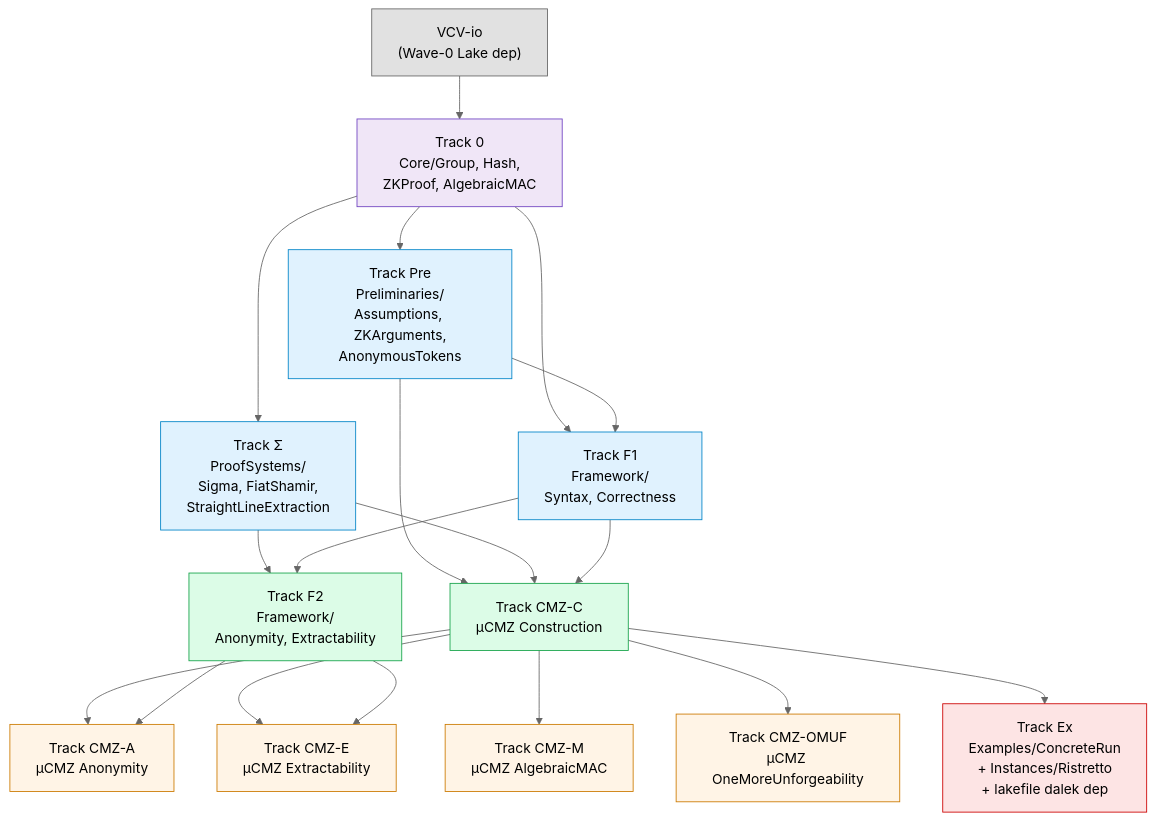
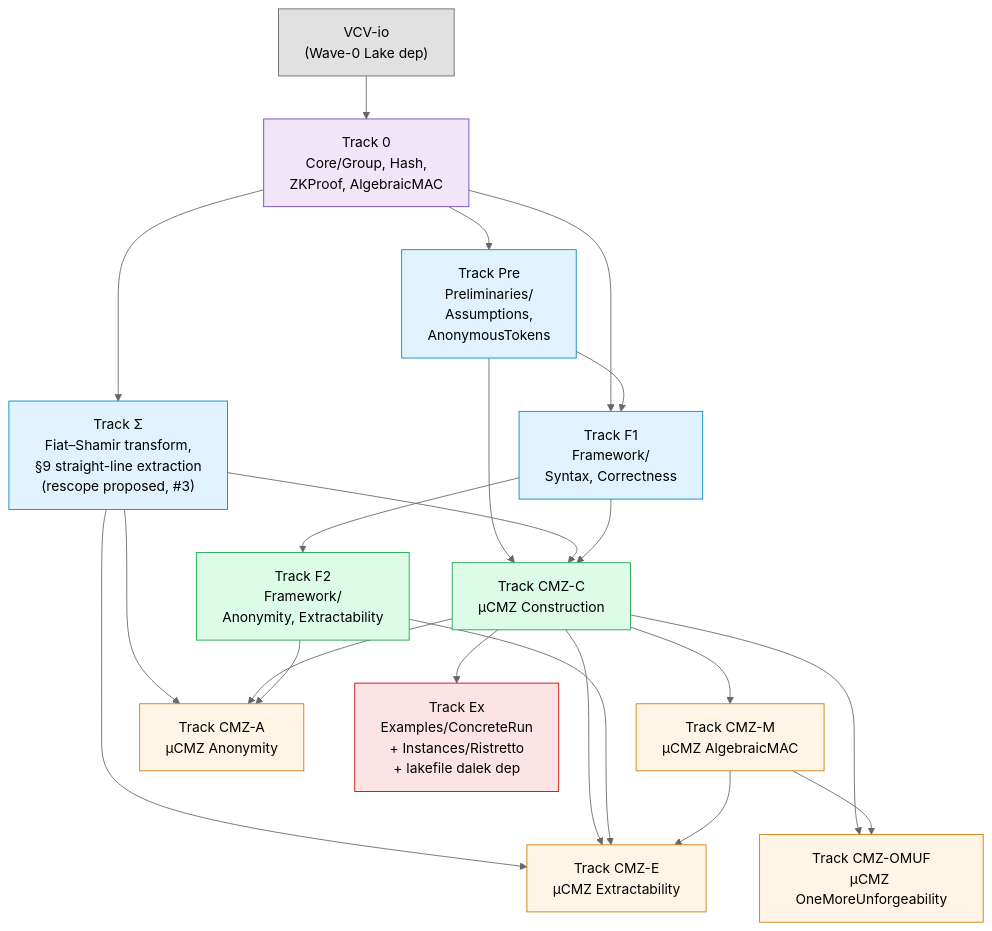
One commit to Beneficial-AI-Foundation/KeyedVerificationAnonymousCredential-model changed the diagram in docs/TRACKS.md. Above: the diagram before and after it, drawn with Mermaid (neutral theme). The commit also changed other lines of this file and 1 other file, not shown here.

````diff
--- a/docs/TRACKS.md
+++ b/docs/TRACKS.md
@@ -11,51 +11,55 @@
 ```mermaid
 graph TD
   VCVio["VCV-io<br/>(Wave-0 Lake dep)"]:::ext
 
   T0["Track 0<br/>Core/Group, Hash,<br/>ZKProof, AlgebraicMAC"]:::w0
 
-  TPre["Track Pre<br/>Preliminaries/<br/>Assumptions, ZKArguments,<br/>AnonymousTokens"]:::w1
-  TΣ["Track Σ<br/>ProofSystems/<br/>Sigma, FiatShamir,<br/>StraightLineExtraction"]:::w1
+  TPre["Track Pre<br/>Preliminaries/<br/>Assumptions,<br/>AnonymousTokens"]:::w1
+  TΣ["Track Σ<br/>Fiat–Shamir transform,<br/>§9 straight-line extraction<br/>(rescope proposed, #3)"]:::w1
   TF1["Track F1<br/>Framework/<br/>Syntax, Correctness"]:::w1
 
   TF2["Track F2<br/>Framework/<br/>Anonymity, Extractability"]:::w2
   TCMZ_C["Track CMZ-C<br/>μCMZ Construction"]:::w2
 
   TCMZ_M["Track CMZ-M<br/>μCMZ AlgebraicMAC"]:::w3
   TCMZ_A["Track CMZ-A<br/>μCMZ Anonymity"]:::w3
   TCMZ_E["Track CMZ-E<br/>μCMZ Extractability"]:::w3
   TCMZ_OMUF["Track CMZ-OMUF<br/>μCMZ OneMoreUnforgeability"]:::w3
 
   TEx["Track Ex<br/>Examples/ConcreteRun<br/>+ Instances/Ristretto<br/>+ lakefile dalek dep"]:::w4
 
   VCVio --> T0
 
   T0 --> TPre
   T0 --> TΣ
   T0 --> TF1
 
   TPre --> TF1
   TPre --> TCMZ_C
   TΣ --> TCMZ_C
-  TΣ --> TF2
+  TΣ --> TCMZ_A
+  TΣ --> TCMZ_E
 
   TF1 --> TF2
   TF1 --> TCMZ_C
 
   TCMZ_C --> TCMZ_M
   TCMZ_C --> TCMZ_A
   TCMZ_C --> TCMZ_E
   TCMZ_C --> TCMZ_OMUF
 
   TF2 --> TCMZ_A
   TF2 --> TCMZ_E
 
+  TCMZ_M --> TCMZ_E
+  TCMZ_M --> TCMZ_OMUF
+
   TCMZ_C --> TEx
 
   classDef ext fill:#e1e1e1,stroke:#666,color:#000
   classDef w0 fill:#f0e6f7,stroke:#6f42c1,color:#000
   classDef w1 fill:#e0f2fe,stroke:#0284c7,color:#000
   classDef w2 fill:#dcfce7,stroke:#16a34a,color:#000
   classDef w3 fill:#fff4e6,stroke:#cc7a00,color:#000
   classDef w4 fill:#fde4e4,stroke:#cc0000,color:#000
 ```
````
